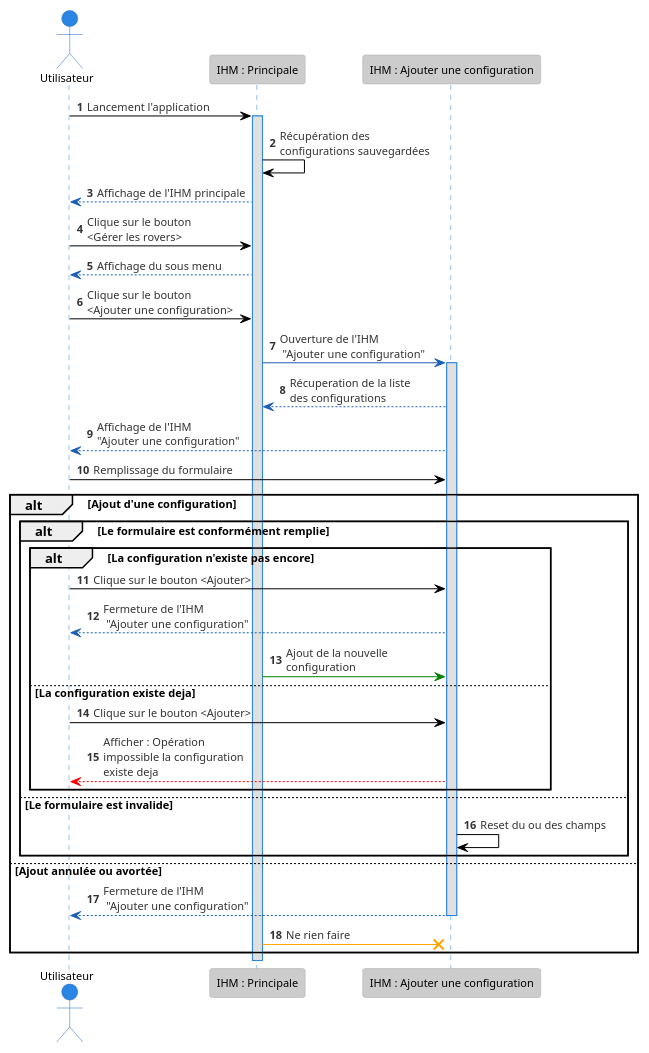
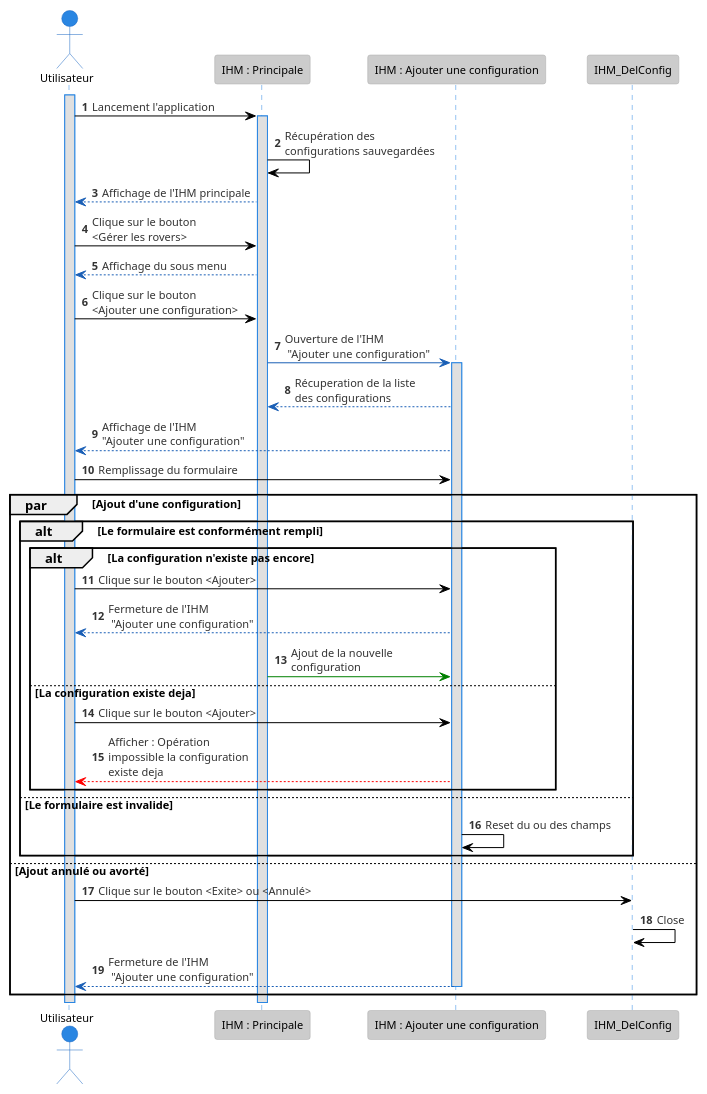
The diagram in Diagrammes/séquences/dds_ajouter_configuration.plantuml (GuillaumeMCK/WifiBot-Manager), drawn with PlantUML before and after one commit. The commit also changed 6 other files, not shown here.

Commit message:
update diagrammes

```diff
--- a/Diagrammes/séquences/dds_ajouter_configuration.plantuml
+++ b/Diagrammes/séquences/dds_ajouter_configuration.plantuml
@@ -1,42 +1,44 @@
 @startuml
 !theme reddress-lightblue
 
 actor Utilisateur as Utilisateur
 participant IHM_Principale as "IHM : Principale"
 participant IHM_AddConfig as "IHM : Ajouter une configuration"
 
 autonumber 1
+Utilisateur++
 Utilisateur -> IHM_Principale ++ : Lancement l'application
 IHM_Principale -> IHM_Principale : Récupération des \nconfigurations sauvegardées
 IHM_Principale [#1A5FB6]--> Utilisateur : Affichage de l'IHM principale
 
 Utilisateur -> IHM_Principale : Clique sur le bouton \n<Gérer les rovers>
 IHM_Principale [#1A5FB6]--> Utilisateur : Affichage du sous menu
 Utilisateur -> IHM_Principale : Clique sur le bouton \n<Ajouter une configuration>
 
 IHM_Principale [#1A5FB6]->  IHM_AddConfig ++ : Ouverture de l'IHM\n "Ajouter une configuration" 
 IHM_Principale <--[#1A5FB6] IHM_AddConfig : Récuperation de la liste \ndes configurations
 IHM_AddConfig [#1A5FB6]--> Utilisateur : Affichage de l'IHM \n"Ajouter une configuration"
 Utilisateur -> IHM_AddConfig : Remplissage du formulaire
 
-alt Ajout d'une configuration
-    alt Le formulaire est conformément remplie
+par Ajout d'une configuration
+    alt Le formulaire est conformément rempli
         alt La configuration n'existe pas encore
             Utilisateur ->IHM_AddConfig : Clique sur le bouton <Ajouter>
             IHM_AddConfig [#1A5FB6]--> Utilisateur : Fermeture de l'IHM\n "Ajouter une configuration"
             IHM_Principale [#green]-> IHM_AddConfig : Ajout de la nouvelle \nconfiguration
 
         else La configuration existe deja
             Utilisateur ->IHM_AddConfig : Clique sur le bouton <Ajouter>
             IHM_AddConfig [#red]-->Utilisateur : Afficher : Opération\nimpossible la configuration \nexiste deja
         end
 
     else Le formulaire est invalide
         IHM_AddConfig -> IHM_AddConfig : Reset du ou des champs
     end
 
-else Ajout annulée ou avortée
+else Ajout annulé ou avorté
+    Utilisateur ->IHM_DelConfig : Clique sur le bouton <Exite> ou <Annulé>
+    IHM_DelConfig -> IHM_DelConfig : Close
     IHM_AddConfig [#1A5FB6]--> Utilisateur --: Fermeture de l'IHM\n "Ajouter une configuration"
-    IHM_Principale [#orange]-x IHM_AddConfig : Ne rien faire
 end
 @enduml
```
